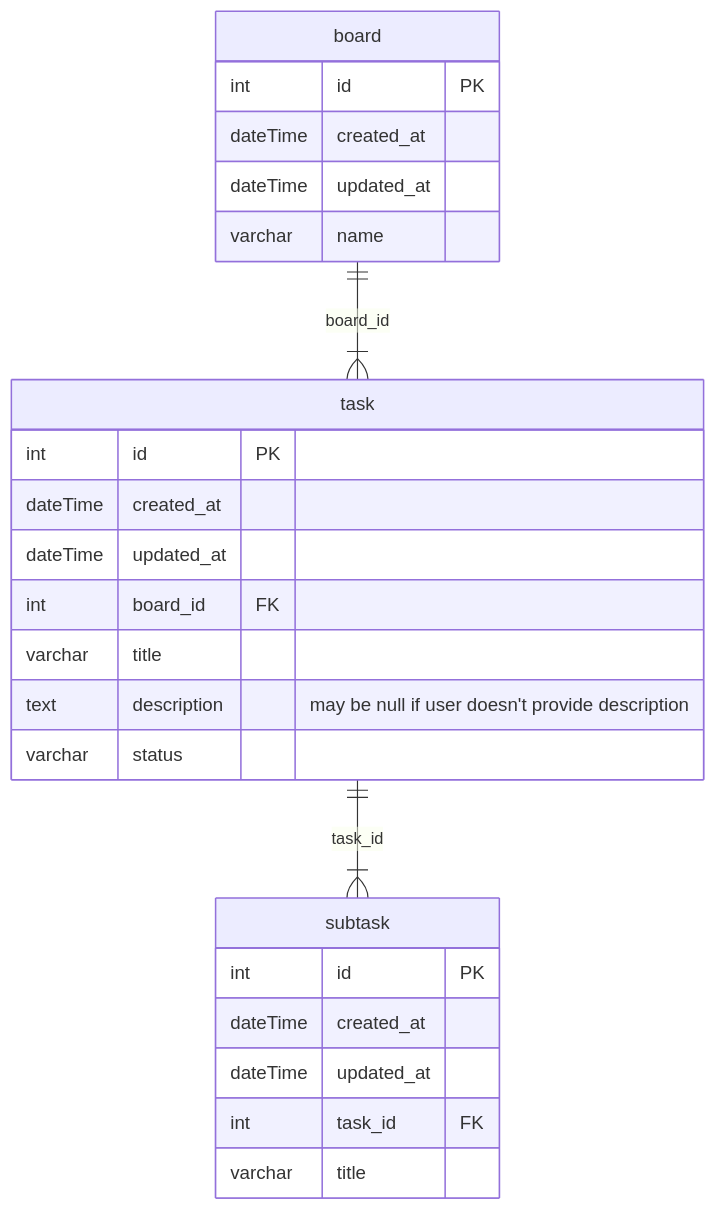
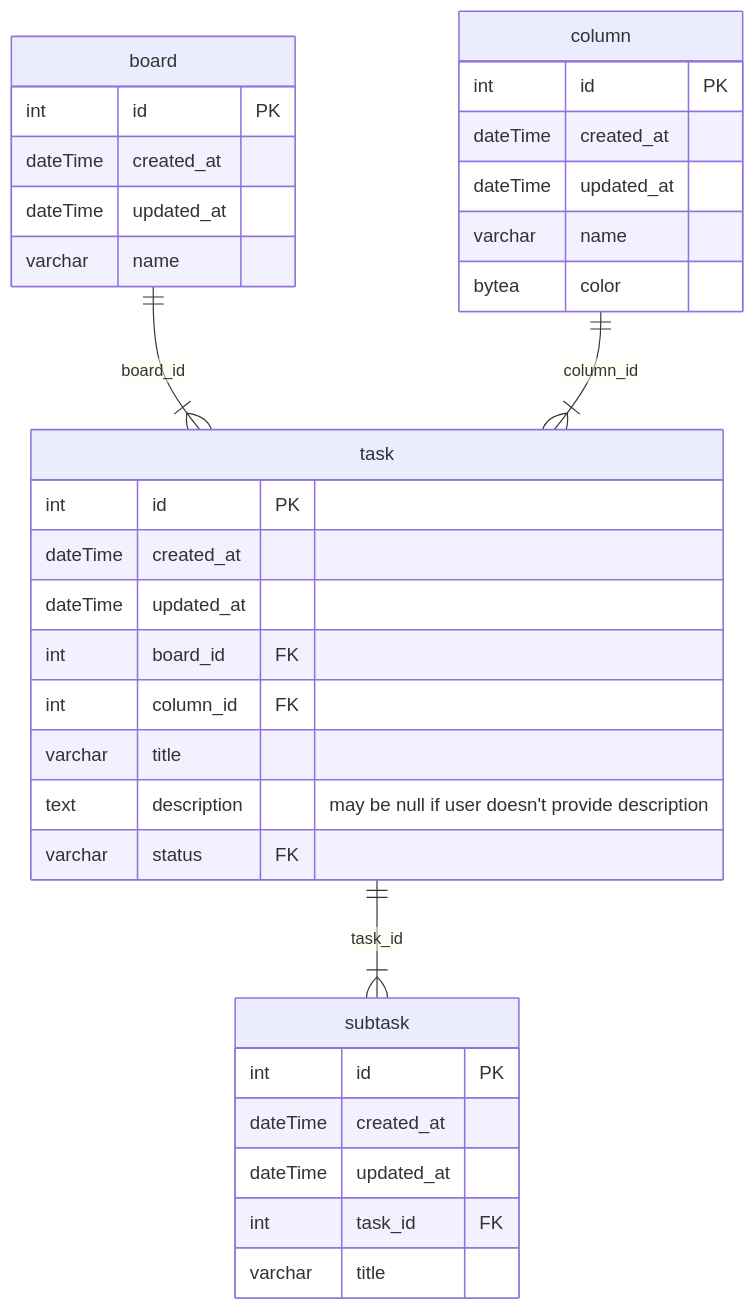
The diagram in README.md (HIMDanny/kanban-task-manager), drawn with Mermaid before and after one commit.

Commit message:
ktm-22: + column table

````diff
--- a/README.md
+++ b/README.md
@@ -28,28 +28,37 @@
 ```mermaid
 erDiagram
  board {
     int id PK
     dateTime created_at
     dateTime updated_at
     varchar name
   }
+  column {
+    int id PK
+    dateTime created_at
+    dateTime updated_at
+    varchar name
+    bytea color
+  }
 
  board ||--|{ task : board_id
+ column ||--|{ task : column_id
   task {
     int id PK
     dateTime created_at
     dateTime updated_at
     int board_id FK
+    int column_id FK
     varchar title
     text description "may be null if user doesn't provide description"
-    varchar status
+    varchar status FK
   }
   task ||--|{ subtask : task_id
   subtask {
     int id PK
     dateTime created_at
     dateTime updated_at
     int task_id FK
     varchar title
   }
 ```
````
